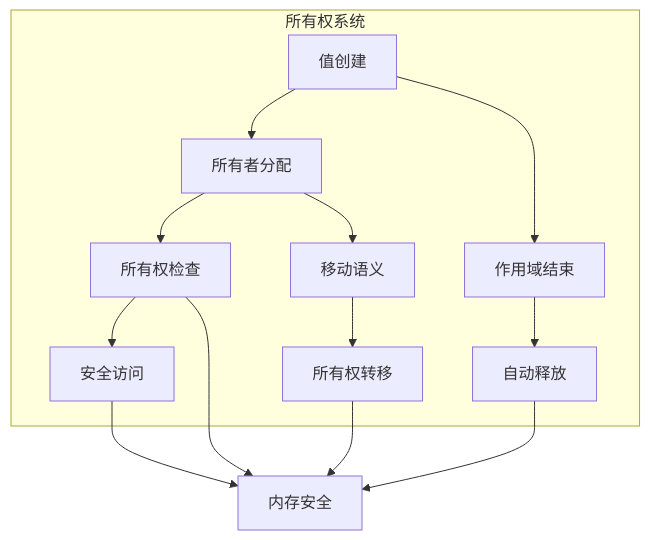
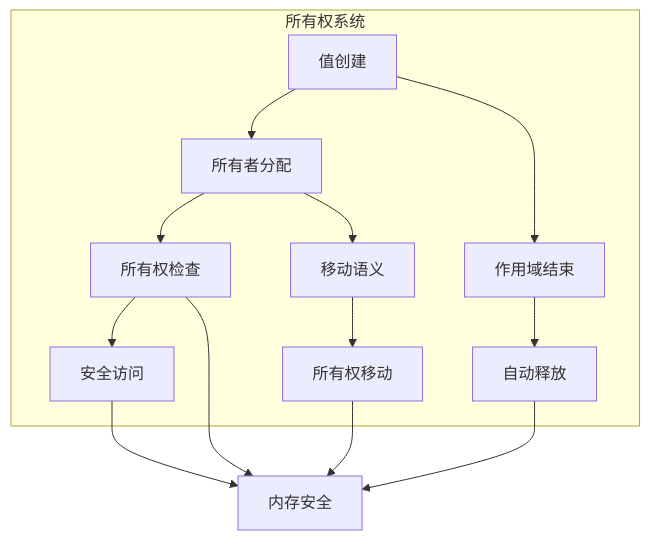
One commit to martin-ly/rust-lang changed the diagram in formal_rust/refactor/01_core_theory/01_foundation_semantics/02_memory_model_semantics/03_memory_safety_semantics.md. Above: the diagram before and after it, drawn with Mermaid. The commit also changed other lines of this file and 5740 other files, not shown here.

````diff
--- a/formal_rust/refactor/01_core_theory/01_foundation_semantics/02_memory_model_semantics/03_memory_safety_semantics.md
+++ b/formal_rust/refactor/01_core_theory/01_foundation_semantics/02_memory_model_semantics/03_memory_safety_semantics.md
@@ -87,18 +87,18 @@
 ```mermaid
 graph TB
     subgraph "所有权系统"
         A[值创建] --> B[所有者分配]
         B --> C[所有权检查]
         C --> D[安全访问]
         
         E[作用域结束] --> F[自动释放]
-        G[移动语义] --> H[所有权转移]
+        G[移动语义] --> H[所有权移动]
     end
     
     A --> E
     B --> G
     C --> I[内存安全]
     D --> I
     F --> I
     H --> I
 ```
````
